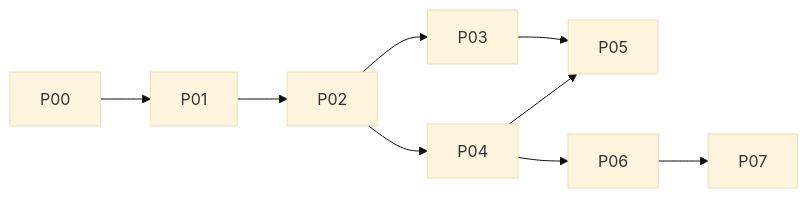
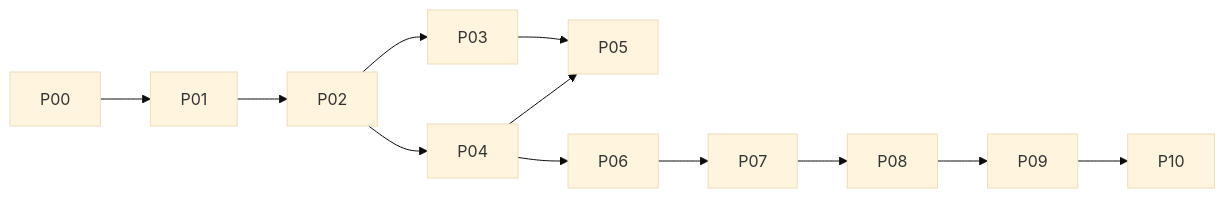
Before and after one commit to saravananravi08/slack-brain: the first of 2 diagrams in docs/implementation/DEPENDENCY_GRAPH.md, drawn with Mermaid (base theme). The commit also changed other lines of this file and 36 other files, not shown here.

````diff
--- a/docs/implementation/DEPENDENCY_GRAPH.md
+++ b/docs/implementation/DEPENDENCY_GRAPH.md
@@ -7,9 +7,9 @@
 ```mermaid
 flowchart LR
   P00 --> P01 --> P02
   P02 --> P03
   P02 --> P04
   P03 --> P05
   P04 --> P05
-  P04 --> P06 --> P07
+  P04 --> P06 --> P07 --> P08 --> P09 --> P10
 ```
````
